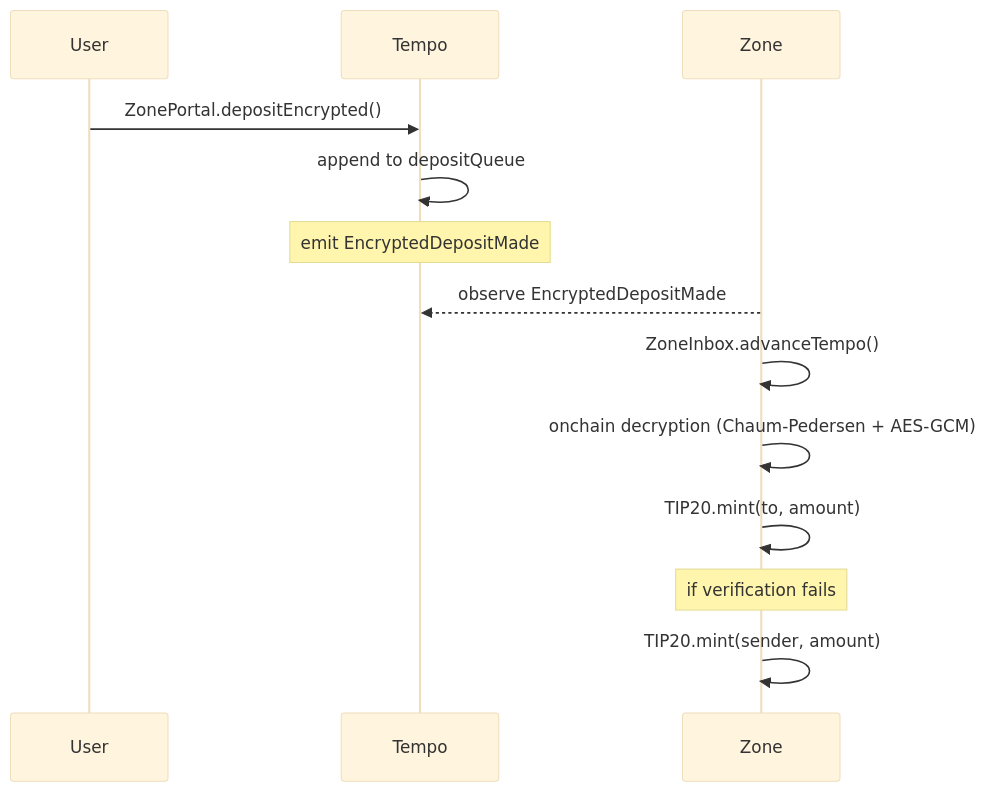
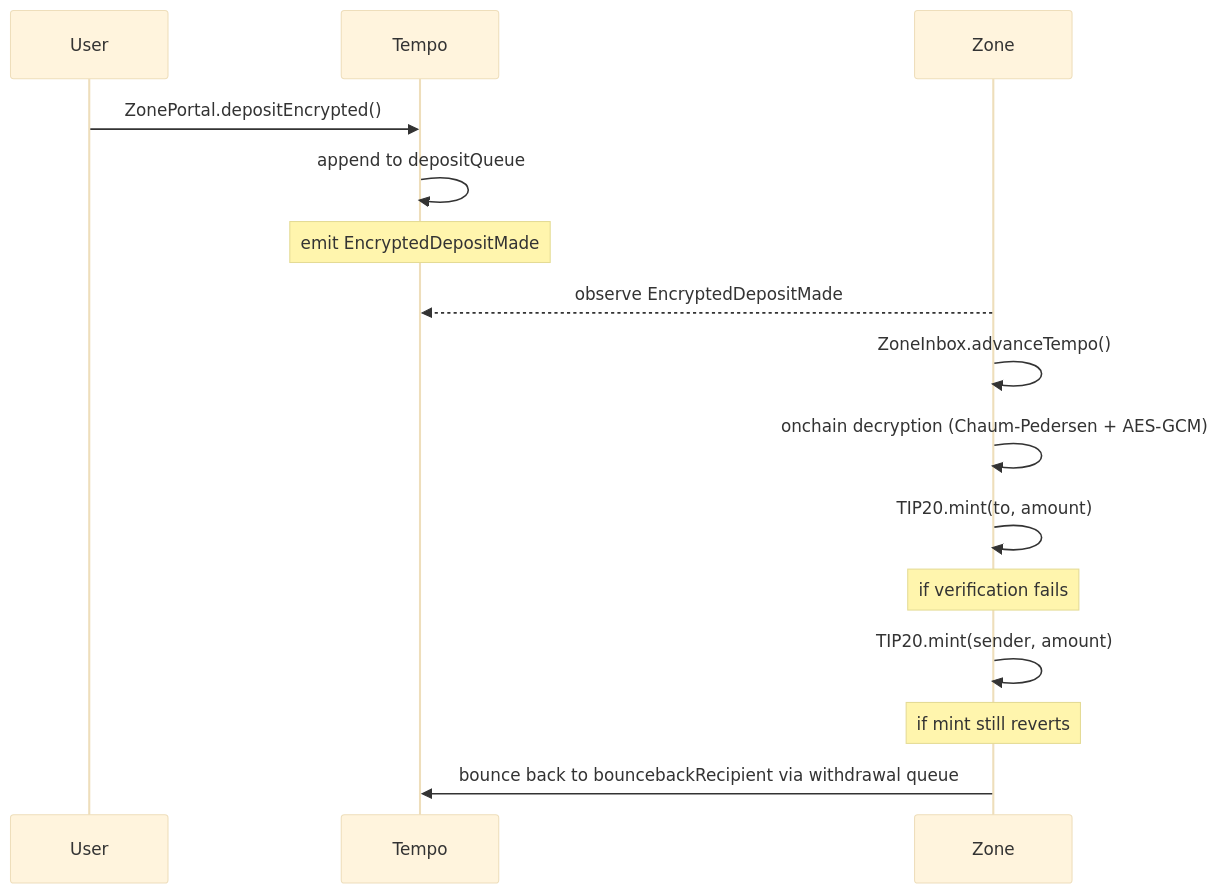
The third of 5 diagrams in specs/spec.md (tempoxyz/zones), drawn with Mermaid (base theme) before and after one commit. The commit also changed other lines of this file, not shown here.

First line of the commit message:
docs(spec): describe symmetric deposit bounce-back mechanism

````diff
--- a/specs/spec.md
+++ b/specs/spec.md
@@ -368,16 +370,18 @@
 ```mermaid
 sequenceDiagram
     participant U as User
     participant T as Tempo
     participant Z as Zone
 
     U->>T: ZonePortal.depositEncrypted()
     T->>T: append to depositQueue
     Note over T: emit EncryptedDepositMade
     Z-->>T: observe EncryptedDepositMade
     Z->>Z: ZoneInbox.advanceTempo()
     Z->>Z: onchain decryption (Chaum-Pedersen + AES-GCM)
     Z->>Z: TIP20.mint(to, amount)
     Note over Z: if verification fails
     Z->>Z: TIP20.mint(sender, amount)
+    Note over Z: if mint still reverts
+    Z->>T: bounce back to bouncebackRecipient via withdrawal queue
 ```
````
